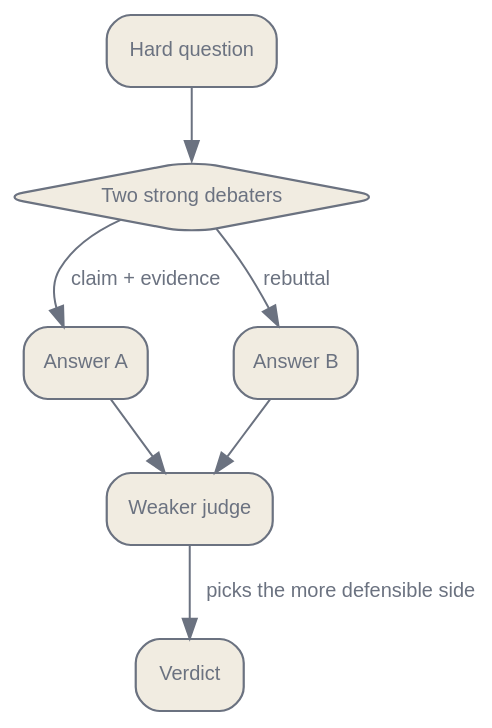
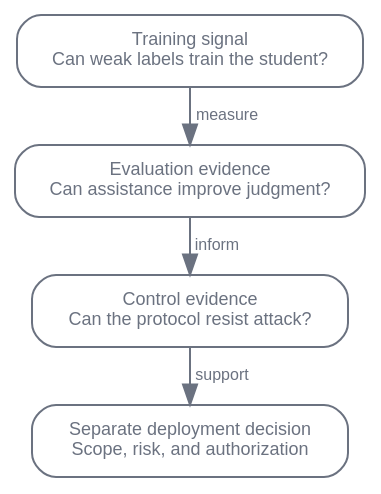
Before and after one commit to latere-ai/ai-as-an-infrastructure: the diagram in en/safety/02-scalable-oversight-control.qmd, drawn with Graphviz. The commit also changed other lines of this file and 4 other files, not shown here.

Commit message:
docs: rewrite scalable oversight and control

````diff
--- a/en/safety/02-scalable-oversight-control.qmd
+++ b/en/safety/02-scalable-oversight-control.qmd
@@ -144,25 +77,18 @@
 ```{dot}
-//| label: fig-oversight-control-debate
-//| fig-cap: "Debate as a zero-sum game judged by a weaker party. Each debater stakes out a side, and the structure is meant to make a lie easier to refute than to defend. After Irving et al. (2018) and Khan et al. (2024)."
-digraph {
+//| label: fig-oversight-evidence-flow
+//| fig-cap: "Three distinct uses of oversight evidence. A training or evaluation result may inform a deployment decision, but it cannot make that decision by itself."
+digraph oversight {
   bgcolor="transparent";
   rankdir=TB;
-  nodesep=0.4; ranksep=0.5;
-  node [shape=box, style="rounded,filled", fontname="Helvetica", fontsize=10, color="#6b7280", fontcolor="#6b7280", fillcolor="#f1ece1", penwidth=1.1];
-  edge [fontsize=10, fontname="Helvetica", color="#6b7280", fontcolor="#6b7280"];
-
-  Q [label="Hard question"];
-  D [label="Two strong debaters", shape=diamond];
-  A [label="Answer A"];
-  B [label="Answer B"];
-  J [label="Weaker judge"];
-  V [label="Verdict"];
-
-  Q -> D;
-  D -> A [label="claim + evidence"];
-  D -> B [label="rebuttal"];
-  A -> J;
-  B -> J;
-  J -> V [label="picks the more defensible side"];
+  graph [nodesep=0.18, ranksep=0.28];
+  node [shape=box, style="rounded", width=2.2, fontname="Helvetica", fontsize=9, color="#6b7280", fontcolor="#6b7280"];
+  edge [fontname="Helvetica", fontsize=8, color="#6b7280", fontcolor="#6b7280"];
+  train [label="Training signal\nCan weak labels train the student?"];
+  eval [label="Evaluation evidence\nCan assistance improve judgment?"];
+  control [label="Control evidence\nCan the protocol resist attack?"];
+  decision [label="Separate deployment decision\nScope, risk, and authorization"];
+  train -> eval [label="measure"];
+  eval -> control [label="inform"];
+  control -> decision [label="support"];
 }
 ```
````
